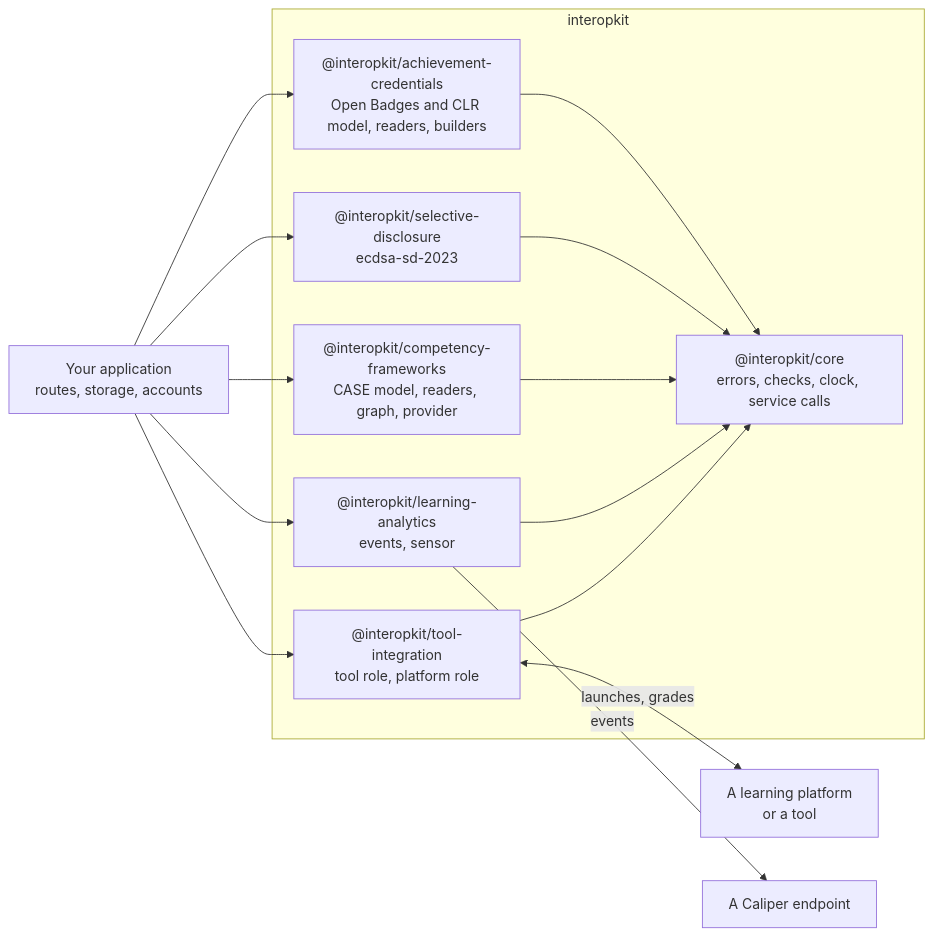
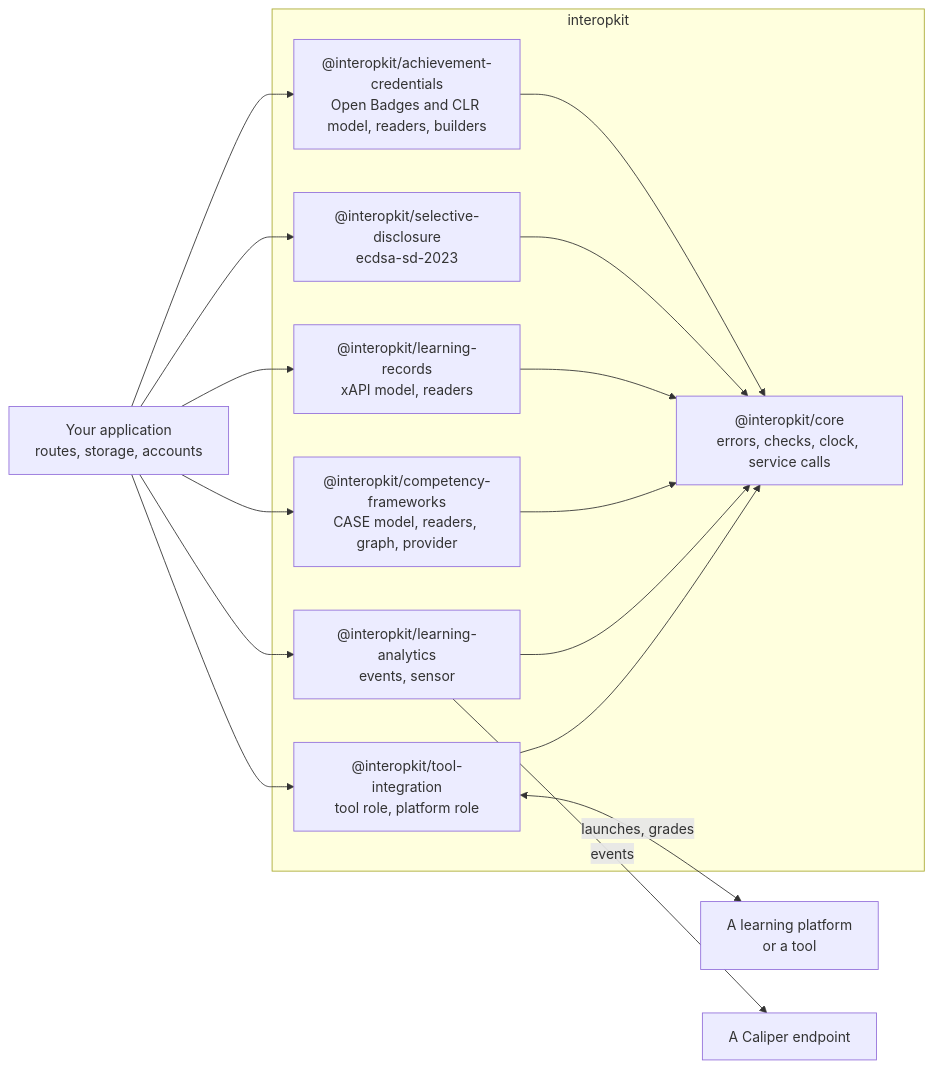
Before and after one commit to interopkit/interopkit: the diagram in README.md, drawn with Mermaid. The commit also changed other lines of this file and 82 other files, not shown here.

First line of the commit message:
Add learning-records: the xAPI 2.0 model, the readers for an LRS and a provider, and the text of a request

````diff
--- a/README.md
+++ b/README.md
@@ -12,26 +12,29 @@
 ```mermaid
 flowchart LR
   host["Your application<br/>routes, storage, accounts"]
   subgraph interopkit["interopkit"]
     core["@interopkit/core<br/>errors, checks, clock, service calls"]
     tool["@interopkit/tool-integration<br/>tool role, platform role"]
     analytics["@interopkit/learning-analytics<br/>events, sensor"]
     frameworks["@interopkit/competency-frameworks<br/>CASE model, readers, graph, provider"]
+    records["@interopkit/learning-records<br/>xAPI model, readers"]
     disclosure["@interopkit/selective-disclosure<br/>ecdsa-sd-2023"]
     credentials["@interopkit/achievement-credentials<br/>Open Badges and CLR model, readers, builders"]
     tool --> core
     analytics --> core
     frameworks --> core
+    records --> core
     disclosure --> core
     credentials --> core
   end
   platform["A learning platform<br/>or a tool"]
   endpoint["A Caliper endpoint"]
   host --> tool
   host --> analytics
   host --> frameworks
+  host --> records
   host --> disclosure
   host --> credentials
   tool <-->|"launches, grades"| platform
   analytics -->|"events"| endpoint
 ```
````
